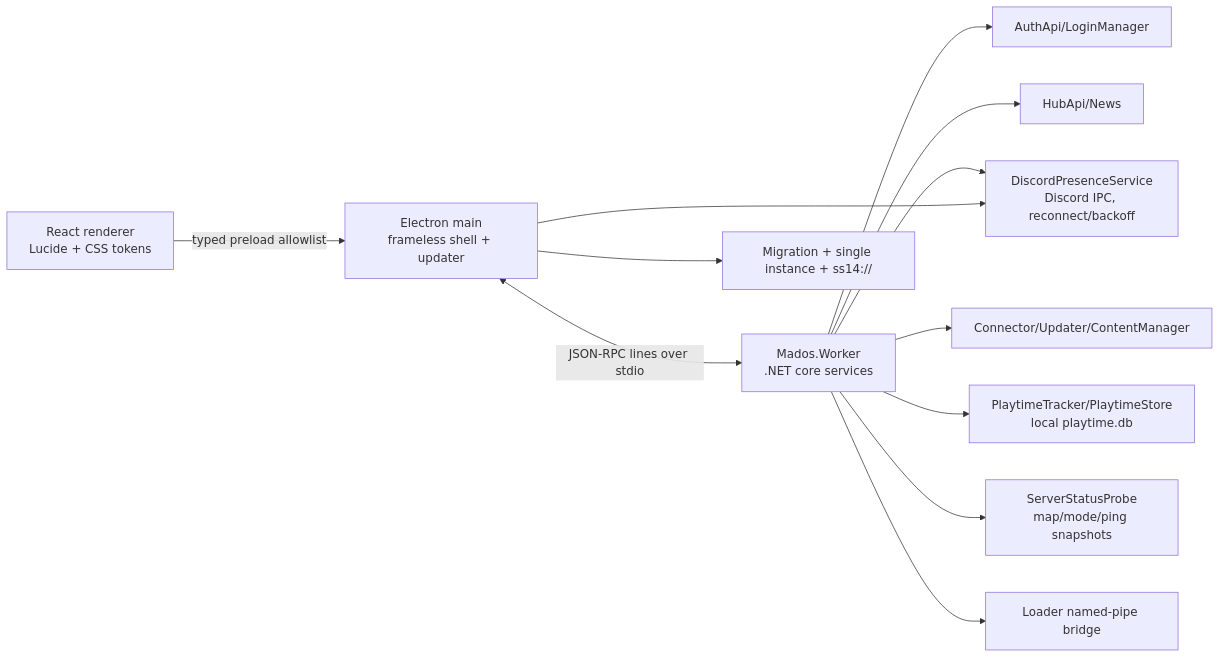
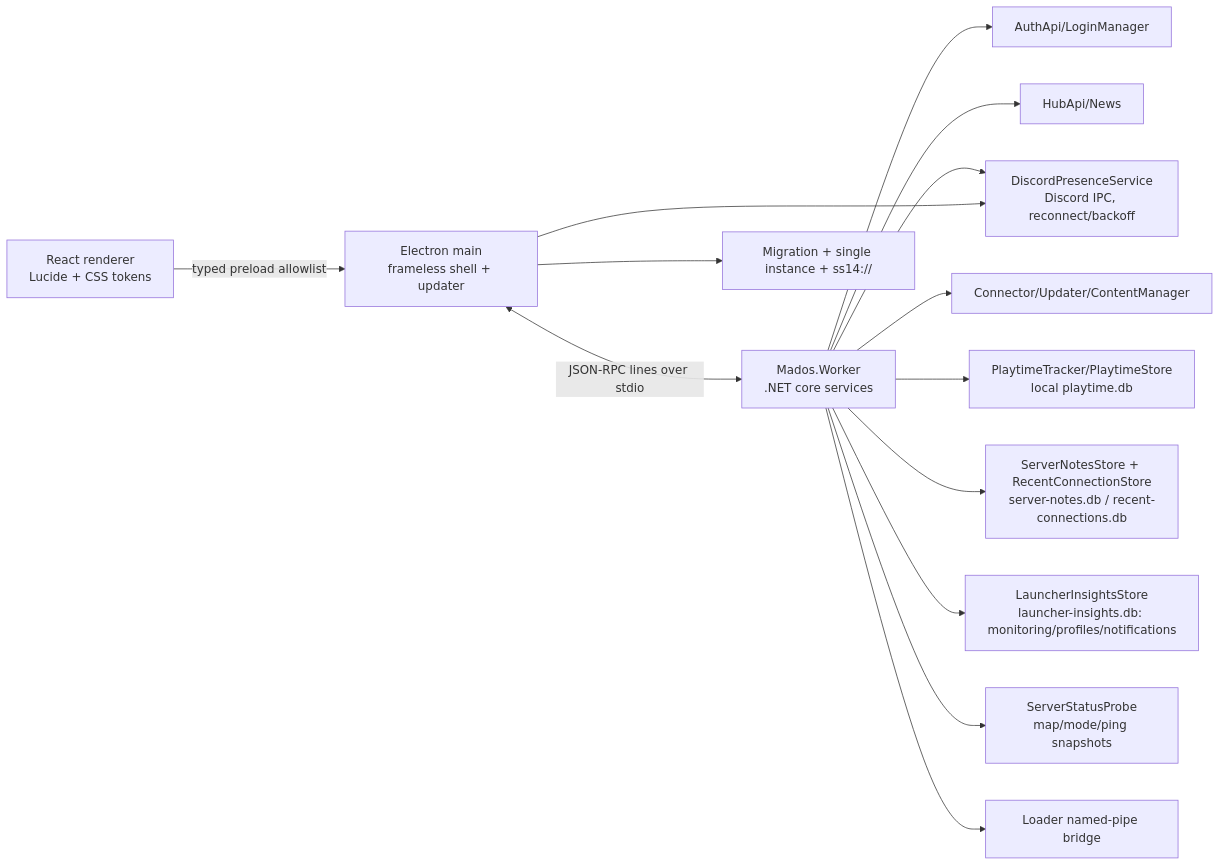
One commit to Endennsss/mados_launcher changed the diagram in docs/mados-launcher-inventory.md. Above: the diagram before and after it, drawn with Mermaid. The commit also changed other lines of this file and 89 other files, not shown here.

````diff
--- a/docs/mados-launcher-inventory.md
+++ b/docs/mados-launcher-inventory.md
@@ -31,14 +36,16 @@
 ```mermaid
 flowchart LR
   R[React renderer\nLucide + CSS tokens] -->|typed preload allowlist| M[Electron main\nframeless shell + updater]
   M <-->|JSON-RPC lines over stdio| W[Mados.Worker\n.NET core services]
   W --> A[AuthApi/LoginManager]
   W --> H[HubApi/News]
   W --> D[DataManager + SQLite]
   W --> C[Connector/Updater/ContentManager]
   W --> P[PlaytimeTracker/PlaytimeStore\nlocal playtime.db]
+  W --> N[ServerNotesStore + RecentConnectionStore\nserver-notes.db / recent-connections.db]
+  W --> I[LauncherInsightsStore\nlauncher-insights.db: monitoring/profiles/notifications]
   W --> Q[ServerStatusProbe\nmap/mode/ping snapshots]
   W --> L[Loader named-pipe bridge]
   M --> S[Migration + single instance + ss14://]
   M --> D[DiscordPresenceService\nDiscord IPC, reconnect/backoff]
 ```
````
